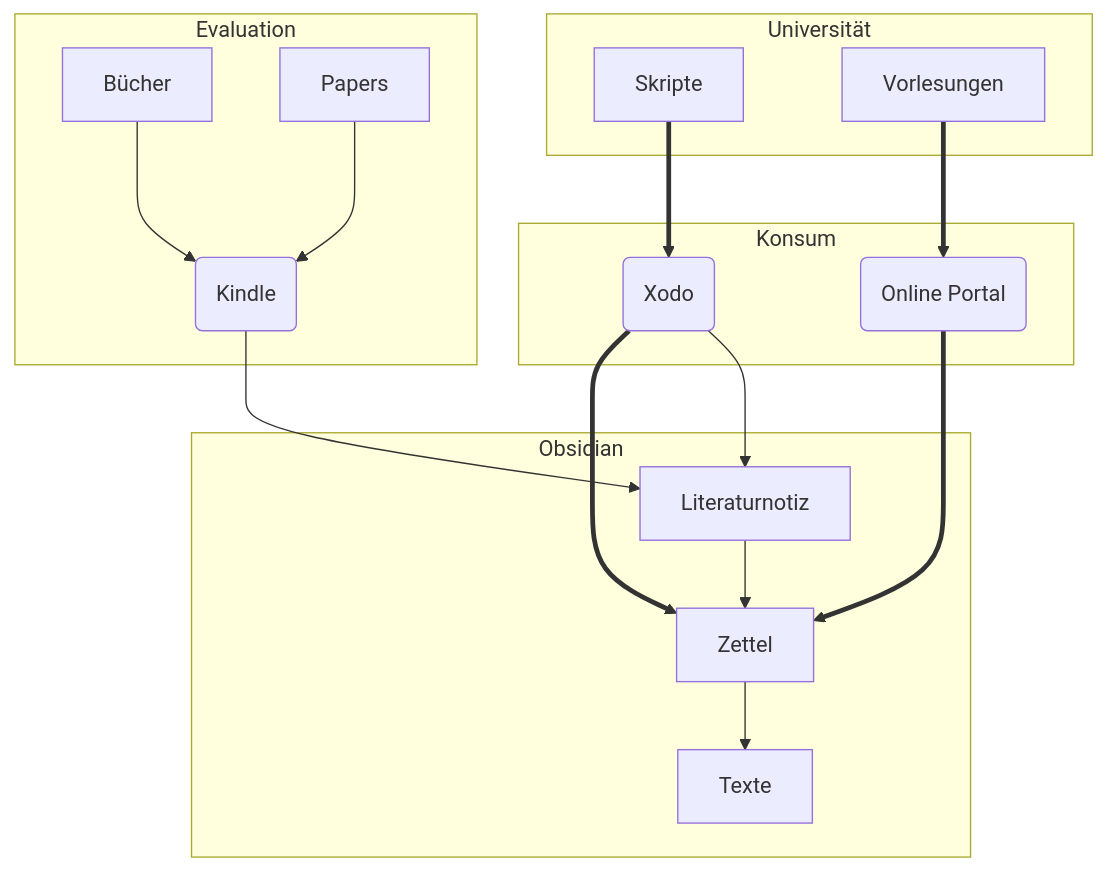
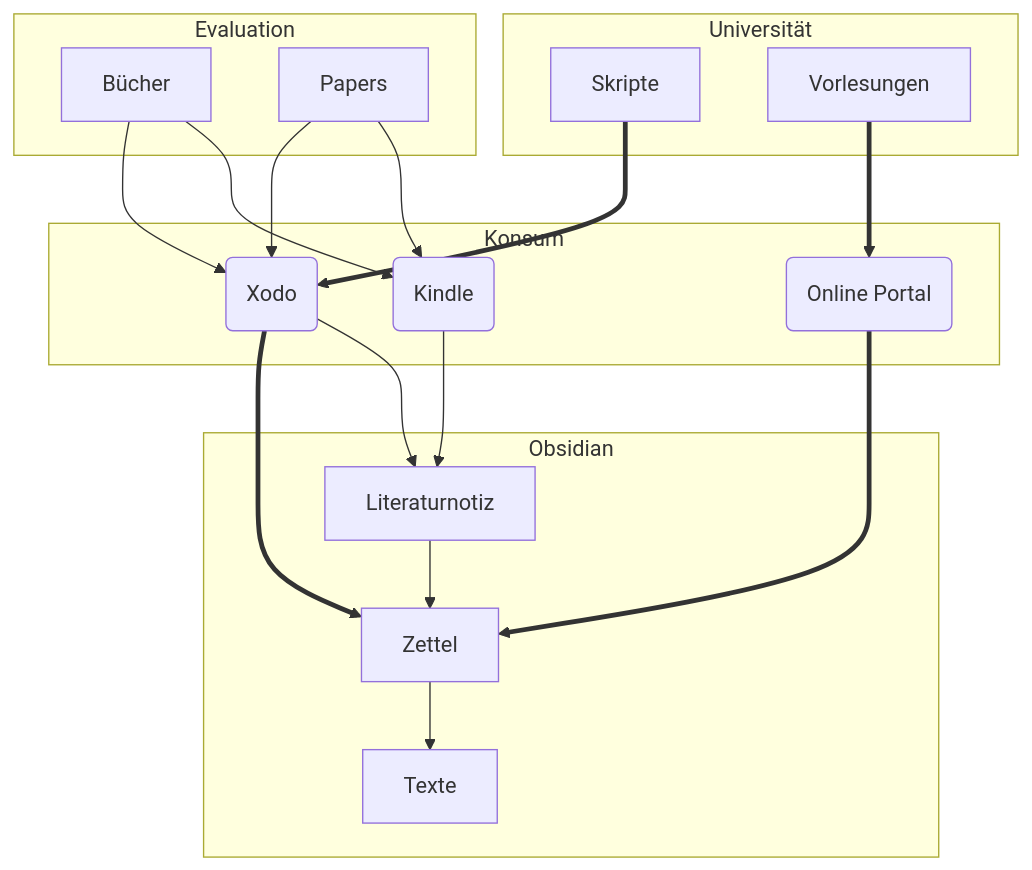
Before and after one commit to julianstoerig/zettelkasten: the diagram in System/Informationsverarbeitung.md, drawn with Mermaid. The commit also changed 1 other file, not shown here.

Commit message:
automatic version-control: 2021-01-14 13:56:38

````diff
--- a/System/Informationsverarbeitung.md
+++ b/System/Informationsverarbeitung.md
@@ -1,47 +1,47 @@
 ```mermaid
 flowchart TB;
 
 B[Bücher]
 S[Skripte]
 V[Vorlesungen]
 P[Papers]
 
 K(Kindle)
 X(Xodo)
 OP(Online Portal)
 
 L[Literaturnotiz]
 Z[Zettel]
 T[Texte]
 
 subgraph Evaluation
 	B
 	P
-	K
 end
 
 subgraph Universität
 	S
 	V
 end
 
-B & P --> K
+B & P --> K & X
+
 S ==> X
 V ==> OP
 
 subgraph Konsum
 	K
 	X
 	OP
 end
 
 K --> L
 X --> L
 X ==> Z
 OP ==> Z
 
 subgraph Obsidian	
 	L --> Z
 	Z --> T
 end
 ```
````
